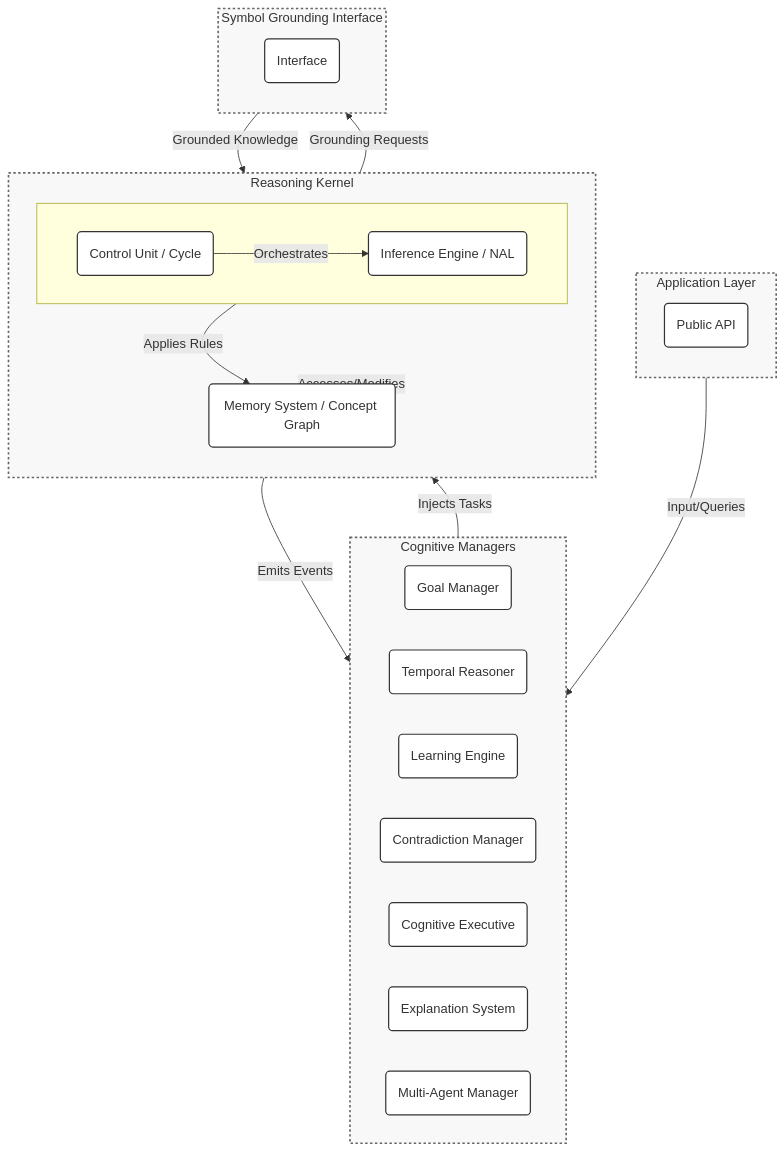
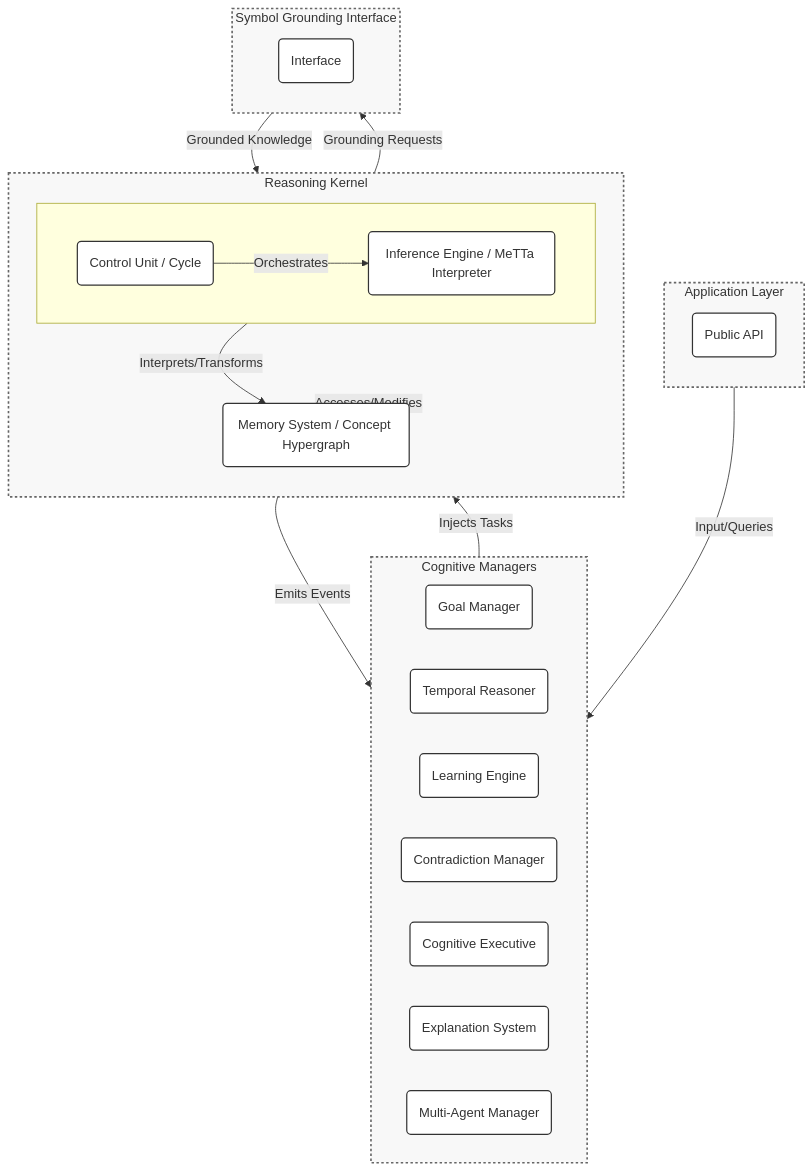
The first of 2 diagrams in README.md (automenta/hypernars2), drawn with Mermaid before and after one commit. The commit also changed other lines of this file and 1 other file, not shown here.

````diff
--- a/README.md
+++ b/README.md
@@ -75,46 +75,46 @@
 ```mermaid
 graph TD
     subgraph AppLayer [Application Layer]
         direction TB
         API(Public API)
     end
 
     subgraph CogManagers [Cognitive Managers]
         direction LR
         GoalManager(Goal Manager)
         TemporalReasoner(Temporal Reasoner)
         LearningEngine(Learning Engine)
         ContradictionManager(Contradiction Manager)
         MetaReasoner(Cognitive Executive)
         ExplanationSystem(Explanation System)
         MultiAgentManager(Multi-Agent Manager)
     end
 
     subgraph Kernel [Reasoning Kernel]
         direction TB
         subgraph ControlInference [ ]
             direction LR
             ControlUnit(Control Unit / Cycle)
-            InferenceEngine(Inference Engine / NAL)
+            InferenceEngine(Inference Engine / MeTTa Interpreter)
         end
-        MemorySystem(Memory System / Concept Graph)
+        MemorySystem(Memory System / Concept Hypergraph)
     end
 
     subgraph Grounding [Symbol Grounding Interface]
         direction TB
         GroundingInterface(Interface)
     end
 
     API -- "Input/Queries" --> CogManagers
     CogManagers -- "Injects Tasks" --> Kernel
     Kernel -- "Emits Events" --> CogManagers
     Kernel -- "Accesses/Modifies" --> MemorySystem
-    InferenceEngine -- "Applies Rules" --> MemorySystem
+    InferenceEngine -- "Interprets/Transforms" --> MemorySystem
     ControlUnit -- "Orchestrates" --> InferenceEngine
     Kernel -- "Grounding Requests" --> Grounding
     Grounding -- "Grounded Knowledge" --> Kernel
 
     classDef default fill:#fff,stroke:#333,stroke-width:1.5px;
     classDef layer fill:#f8f8f8,stroke:#666,stroke-width:2px,stroke-dasharray: 3 3;
     class AppLayer,CogManagers,Kernel,Grounding layer;
 ```
````
